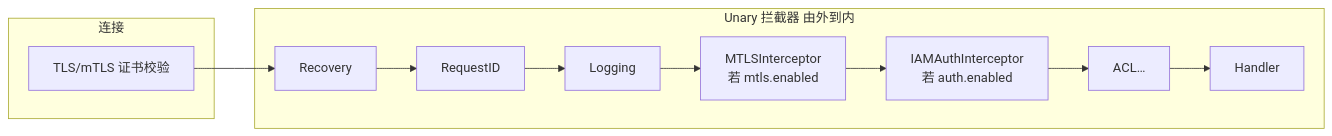
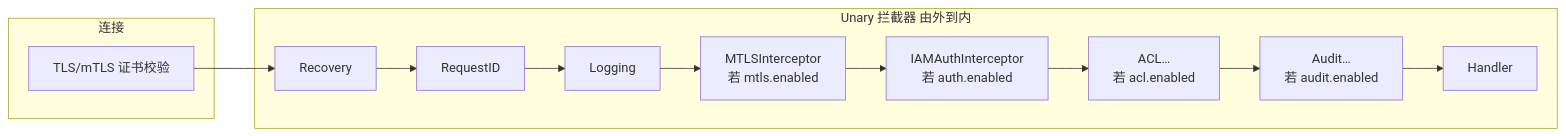
One commit to FangcunMount/qs-server changed the fourth of 4 diagrams in docs/01-运行时/05-IAM认证与身份链路.md. Above: the diagram before and after it, drawn with Mermaid. The commit also changed other lines of this file and 3 other files, not shown here.

````diff
--- a/docs/01-运行时/05-IAM认证与身份链路.md
+++ b/docs/01-运行时/05-IAM认证与身份链路.md
@@ -93,18 +93,19 @@
 ```mermaid
 flowchart LR
     subgraph transport[连接]
         TLS[TLS/mTLS 证书校验]
     end
 
     subgraph chain[Unary 拦截器 由外到内]
         R[Recovery]
         RID[RequestID]
         L[Logging]
         MI[MTLSInterceptor<br/>若 mtls.enabled]
         IA[IAMAuthInterceptor<br/>若 auth.enabled]
-        AC[ACL…]
+        AC[ACL…<br/>若 acl.enabled]
+        AU[Audit…<br/>若 audit.enabled]
         H[Handler]
     end
 
-    TLS --> R --> RID --> L --> MI --> IA --> AC --> H
+    TLS --> R --> RID --> L --> MI --> IA --> AC --> AU --> H
 ```
````
